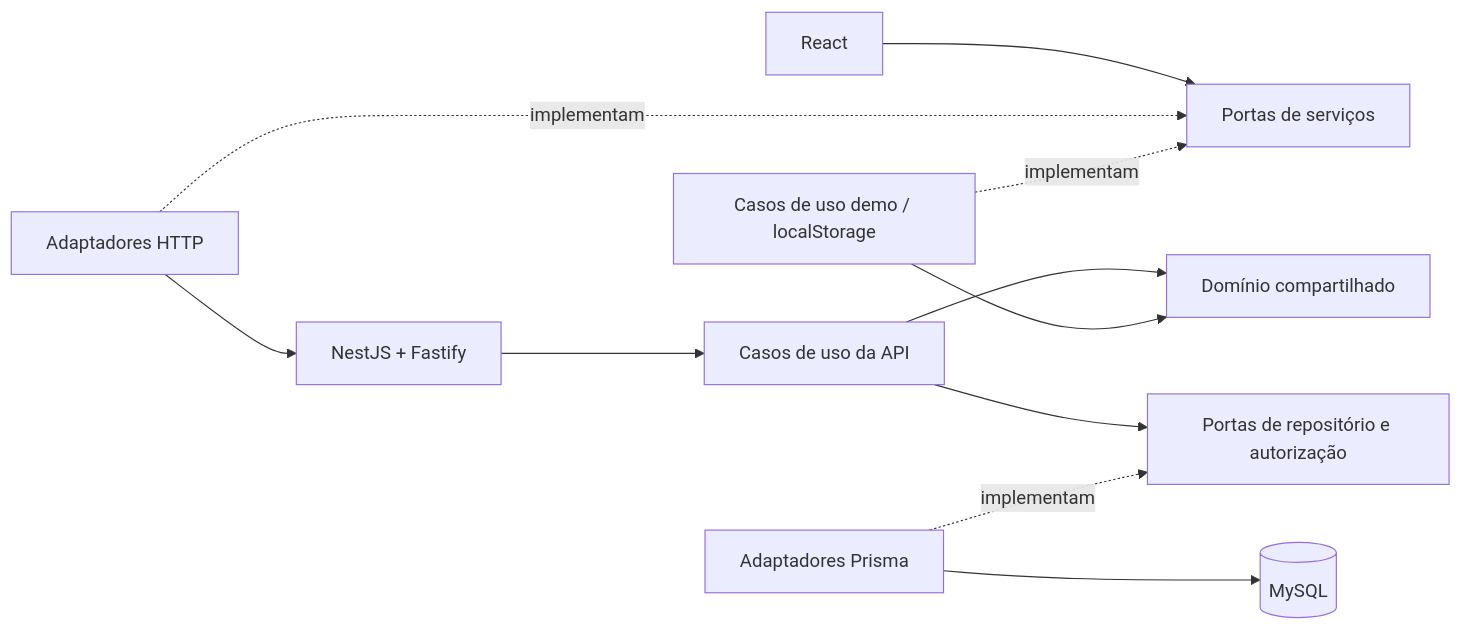
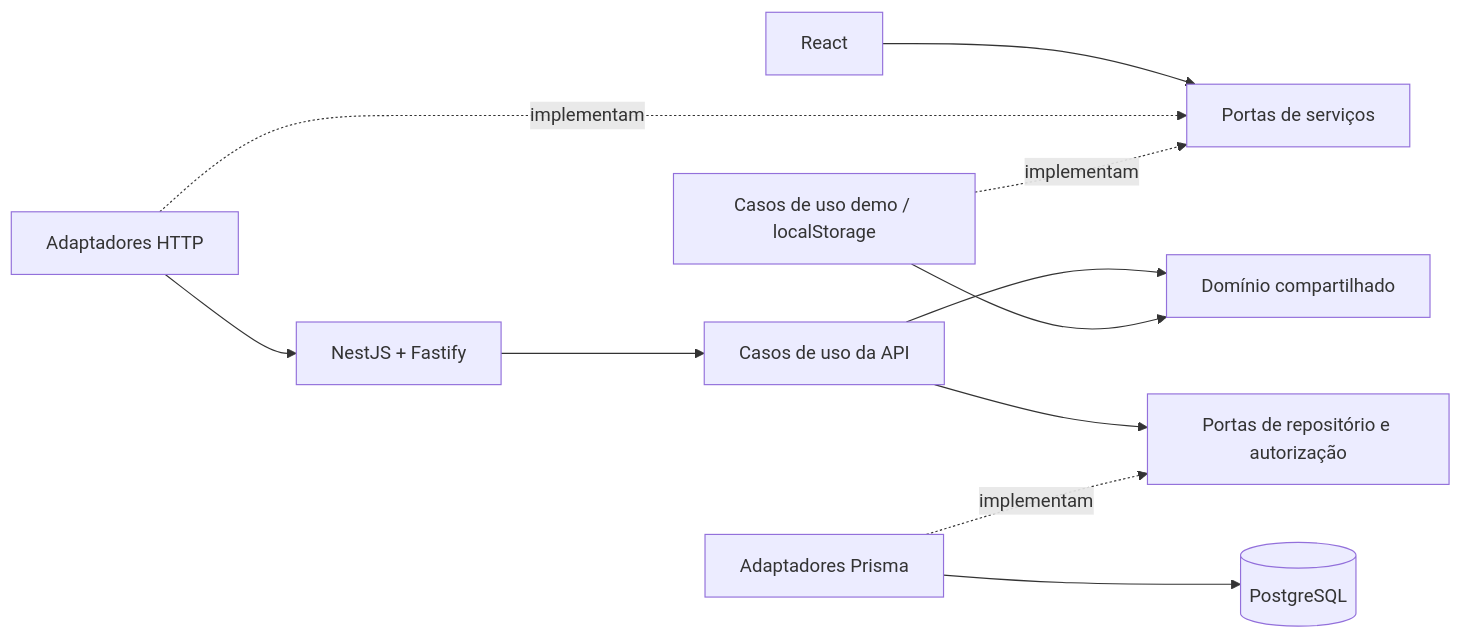
The diagram in docs/architecture.md (DevGueds/saas-cardapio), drawn with Mermaid before and after one commit. The commit also changed other lines of this file and 83 other files, not shown here.

Commit message:
feat: migrate persistence to PostgreSQL with verified legacy import

````diff
--- a/docs/architecture.md
+++ b/docs/architecture.md
@@ -5,13 +5,13 @@
 ```mermaid
 flowchart LR
   UI[React] --> CLIENT[Portas de serviços]
   HTTP[Adaptadores HTTP] -. implementam .-> CLIENT
   DEMO[Casos de uso demo / localStorage] -. implementam .-> CLIENT
   HTTP --> CONTROLLERS[NestJS + Fastify]
   CONTROLLERS --> USE[Casos de uso da API]
   USE --> CORE[Domínio compartilhado]
   DEMO --> CORE
   USE --> PORTS[Portas de repositório e autorização]
   PRISMA[Adaptadores Prisma] -. implementam .-> PORTS
-  PRISMA --> MYSQL[(MySQL)]
+  PRISMA --> POSTGRES[(PostgreSQL)]
 ```
````
